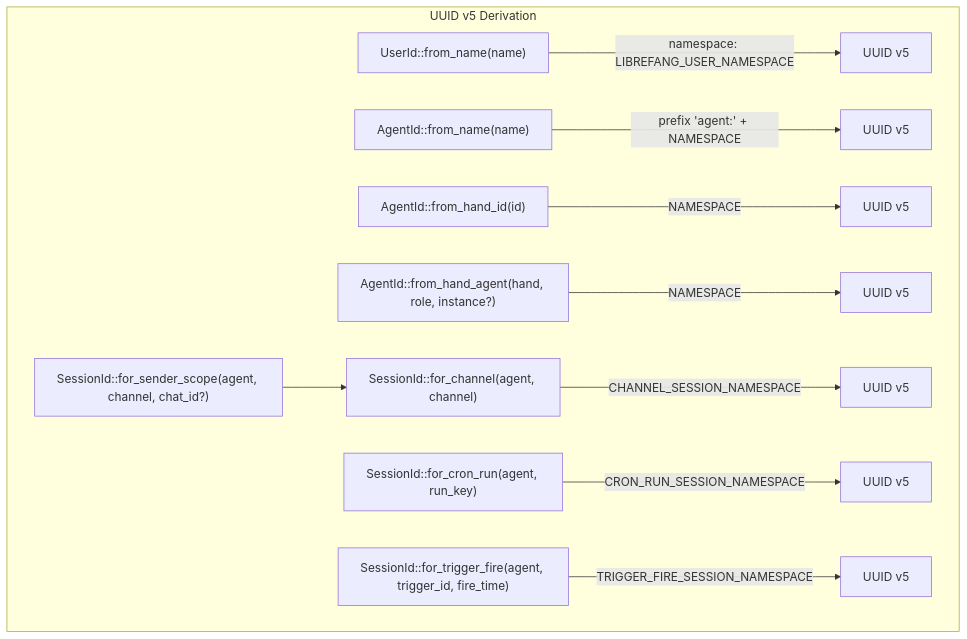
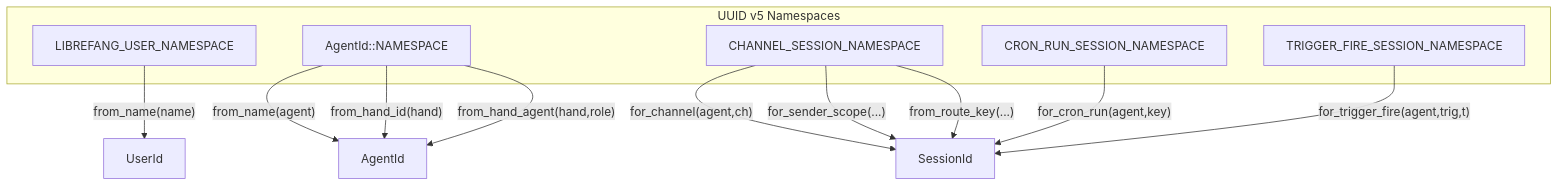
One commit to leszek3737/librefang-WIki changed the diagram in shared-types.md. Above: the diagram before and after it, drawn with Mermaid. The commit also changed other lines of this file and 119 other files, not shown here.

````diff
--- a/shared-types.md
+++ b/shared-types.md
@@ -11,13 +13,19 @@
 ```mermaid
 graph TD
-    subgraph "UUID v5 Derivation"
-        U["UserId::from_name(name)"] -->|namespace: LIBREFANG_USER_NAMESPACE| U5[UUID v5]
-        A["AgentId::from_name(name)"] -->|prefix 'agent:' + NAMESPACE| A5[UUID v5]
-        AH["AgentId::from_hand_id(id)"] -->|NAMESPACE| AH5[UUID v5]
-        AHA["AgentId::from_hand_agent(hand, role, instance?)"] -->|NAMESPACE| AHA5[UUID v5]
-        SC["SessionId::for_channel(agent, channel)"] -->|CHANNEL_SESSION_NAMESPACE| SC5[UUID v5]
-        SR["SessionId::for_sender_scope(agent, channel, chat_id?)"] --> SC
-        SCR["SessionId::for_cron_run(agent, run_key)"] -->|CRON_RUN_SESSION_NAMESPACE| SCR5[UUID v5]
-        ST["SessionId::for_trigger_fire(agent, trigger_id, fire_time)"] -->|TRIGGER_FIRE_SESSION_NAMESPACE| ST5[UUID v5]
+    subgraph "UUID v5 Namespaces"
+        A["LIBREFANG_USER_NAMESPACE"]
+        B["AgentId::NAMESPACE"]
+        C["CHANNEL_SESSION_NAMESPACE"]
+        D["CRON_RUN_SESSION_NAMESPACE"]
+        E["TRIGGER_FIRE_SESSION_NAMESPACE"]
     end
+    A -->|"from_name(name)"| UID["UserId"]
+    B -->|"from_name(agent)"| AID["AgentId"]
+    B -->|"from_hand_id(hand)"| AID
+    B -->|"from_hand_agent(hand,role)"| AID
+    C -->|"for_channel(agent,ch)"| SID["SessionId"]
+    C -->|"for_sender_scope(...)"| SID
+    C -->|"from_route_key(...)"| SID
+    D -->|"for_cron_run(agent,key)"| SID
+    E -->|"for_trigger_fire(agent,trig,t)"| SID
 ```
````
